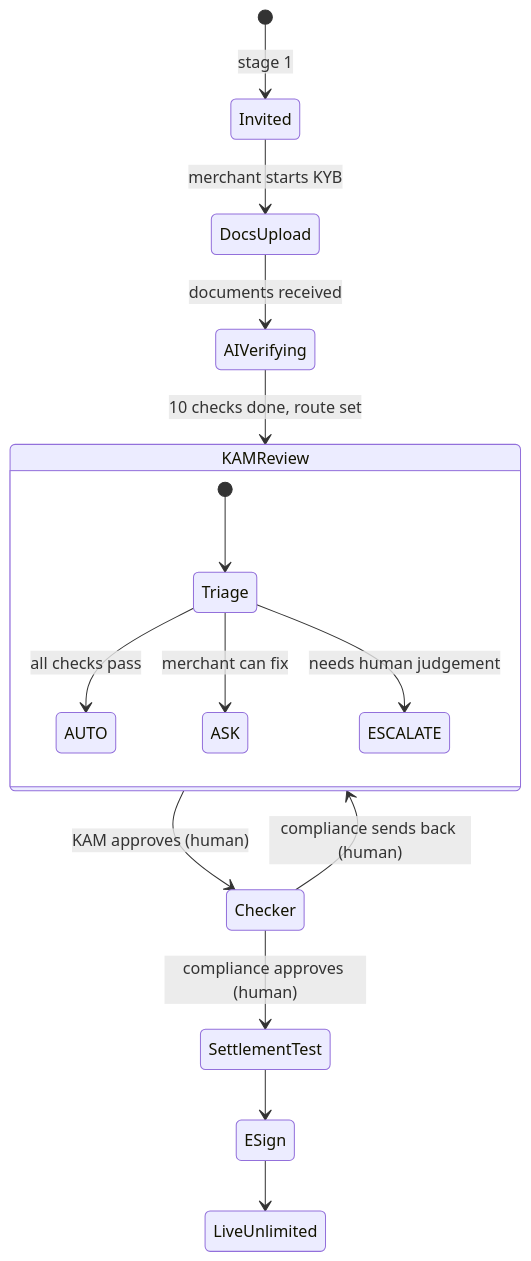
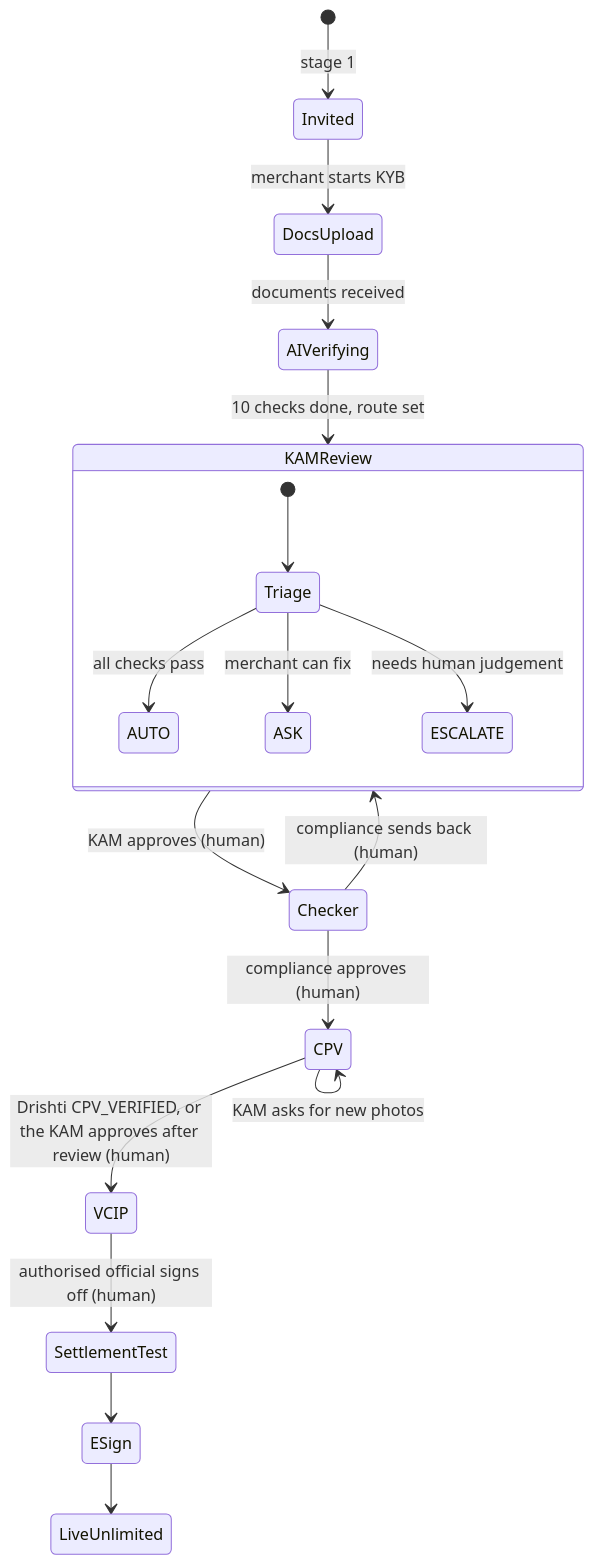
Before and after one commit to sam22ridhi/workflowkyc: the sixth of 9 diagrams in docs/01_ARCHITECTURE.md, drawn with Mermaid. The commit also changed other lines of this file and 209 other files, not shown here.

````diff
--- a/docs/01_ARCHITECTURE.md
+++ b/docs/01_ARCHITECTURE.md
@@ -231,20 +240,23 @@
 ```mermaid
 stateDiagram-v2
     [*] --> Invited: stage 1
     Invited --> DocsUpload: merchant starts KYB
     DocsUpload --> AIVerifying: documents received
     AIVerifying --> KAMReview: 10 checks done, route set
 
     state KAMReview {
         [*] --> Triage
         Triage --> AUTO: all checks pass
         Triage --> ASK: merchant can fix
         Triage --> ESCALATE: needs human judgement
     }
 
     KAMReview --> Checker: KAM approves (human)
     Checker --> KAMReview: compliance sends back (human)
-    Checker --> SettlementTest: compliance approves (human)
+    Checker --> CPV: compliance approves (human)
+    CPV --> VCIP: Drishti CPV_VERIFIED, or the KAM approves after review (human)
+    CPV --> CPV: KAM asks for new photos
+    VCIP --> SettlementTest: authorised official signs off (human)
     SettlementTest --> ESign
     ESign --> LiveUnlimited
 ```
````
